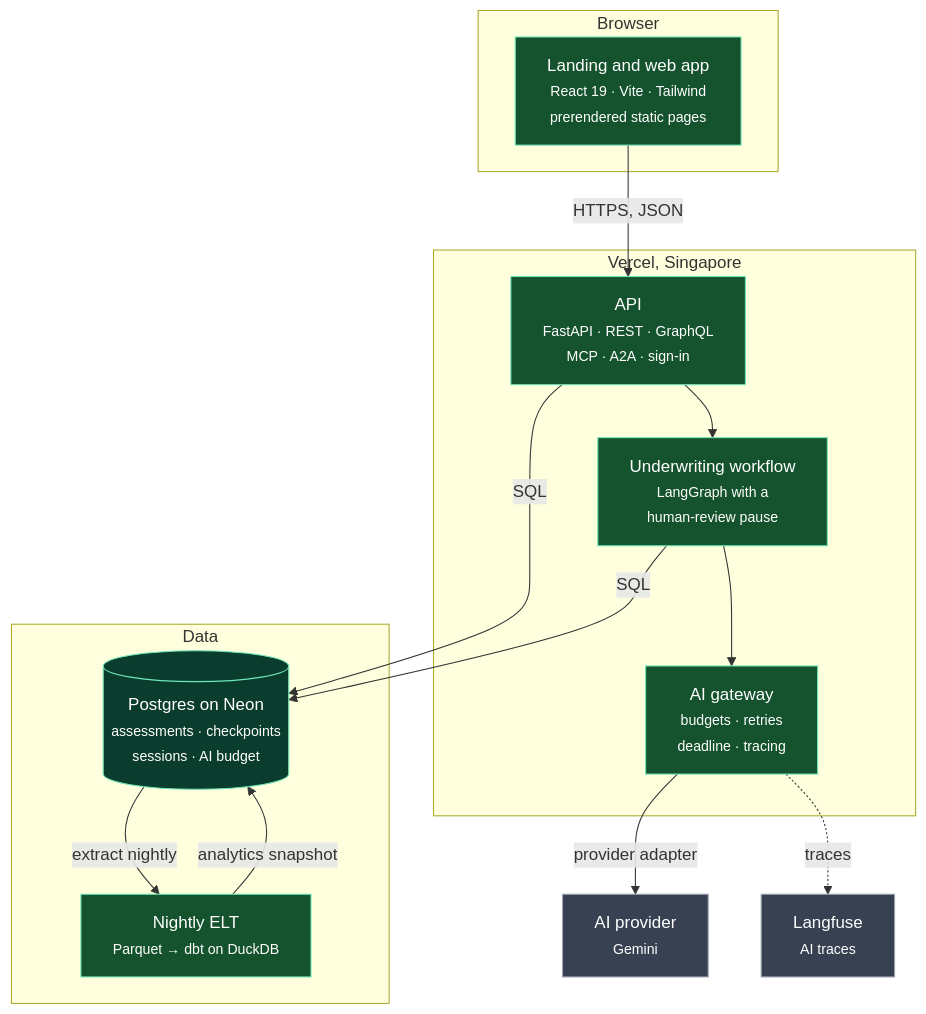
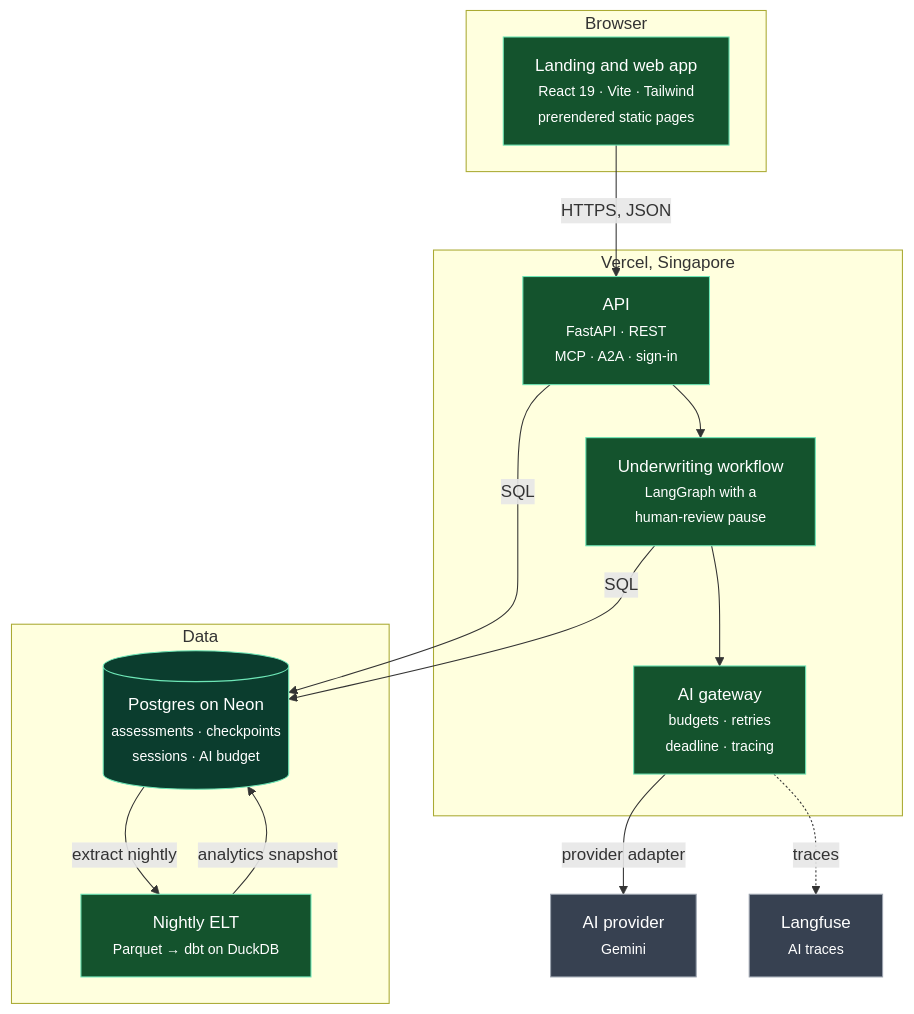
One commit to adikshan11/imaarat-ai changed the second of 3 diagrams in README.md. Above: the diagram before and after it, drawn with Mermaid. The commit also changed other lines of this file and 17 other files, not shown here.

Commit message:
Hide contact details, drop GraphQL

````diff
--- a/README.md
+++ b/README.md
@@ -97,31 +97,31 @@
 ```mermaid
 flowchart TB
   subgraph browser["Browser"]
     web["Landing and web app<br/><small>React 19 · Vite · Tailwind<br/>prerendered static pages</small>"]
   end
   subgraph vercel["Vercel, Singapore"]
-    api["API<br/><small>FastAPI · REST · GraphQL<br/>MCP · A2A · sign-in</small>"]
+    api["API<br/><small>FastAPI · REST<br/>MCP · A2A · sign-in</small>"]
     flow["Underwriting workflow<br/><small>LangGraph with a<br/>human-review pause</small>"]
     gw["AI gateway<br/><small>budgets · retries<br/>deadline · tracing</small>"]
   end
   subgraph data["Data"]
     db[("Postgres on Neon<br/><small>assessments · checkpoints<br/>sessions · AI budget</small>")]
     elt["Nightly ELT<br/><small>Parquet → dbt on DuckDB</small>"]
   end
   ai["AI provider<br/><small>Gemini</small>"]
   lf["Langfuse<br/><small>AI traces</small>"]
   web -- "HTTPS, JSON" --> api
   api --> flow
   flow --> gw
   gw -- "provider adapter" --> ai
   gw -. "traces" .-> lf
   api & flow -- "SQL" --> db
   db -- "extract nightly" --> elt
   elt -- "analytics snapshot" --> db
   classDef box fill:#14532d,stroke:#6ee7b7,color:#fff
   classDef store fill:#0b3d2e,stroke:#6ee7b7,color:#fff
   classDef external fill:#374151,stroke:#9ca3af,color:#fff
   class web,api,flow,gw,elt box
   class db store
   class ai,lf external
 ```
````
